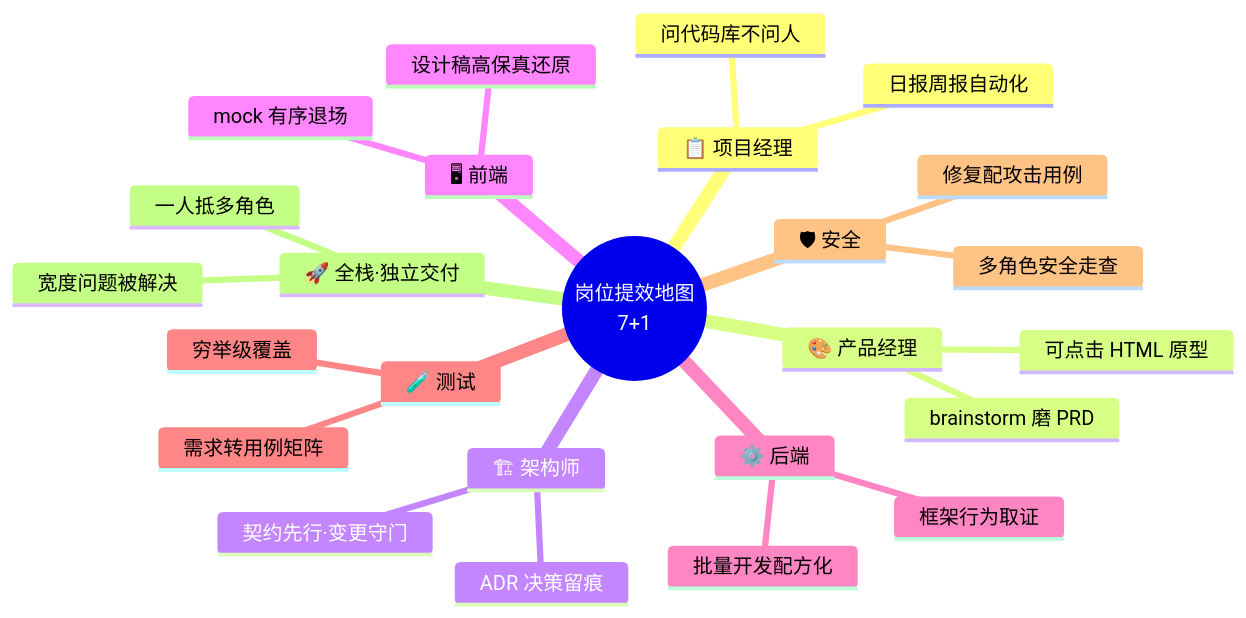
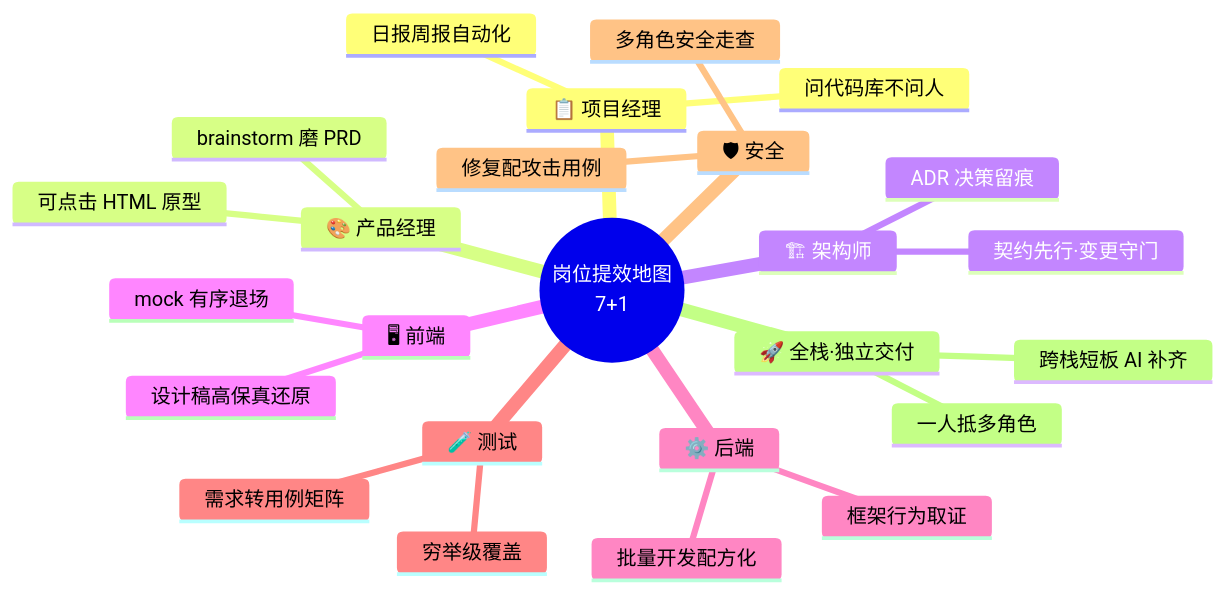
Before and after one commit to Woaini654321/efficiency-improvement: the tenth of 20 diagrams in 第二次分享资料/Claude-Code提效实战分享-图文版.md, drawn with Mermaid. The commit also changed other lines of this file and 2 other files, not shown here.

Commit message:
fix:提效文件的图文版已经人工审查完毕

````diff
--- a/第二次分享资料/Claude-Code提效实战分享-图文版.md
+++ b/第二次分享资料/Claude-Code提效实战分享-图文版.md
@@ -776,28 +810,28 @@
 ```mermaid
 mindmap
   root((岗位提效地图<br/>7+1))
     📋 项目经理
       问代码库不问人
       日报周报自动化
     🎨 产品经理
       brainstorm 磨 PRD
       可点击 HTML 原型
     🏗 架构师
       契约先行·变更守门
       ADR 决策留痕
     🖥 前端
       设计稿高保真还原
       mock 有序退场
     ⚙️ 后端
       批量开发配方化
       框架行为取证
     🧪 测试
       需求转用例矩阵
       穷举级覆盖
     🛡 安全
       多角色安全走查
       修复配攻击用例
     🚀 全栈·独立交付
-      宽度问题被解决
+      跨栈短板 AI 补齐
       一人抵多角色
 ```
````
